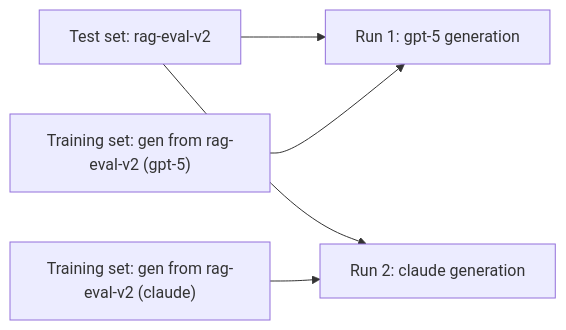
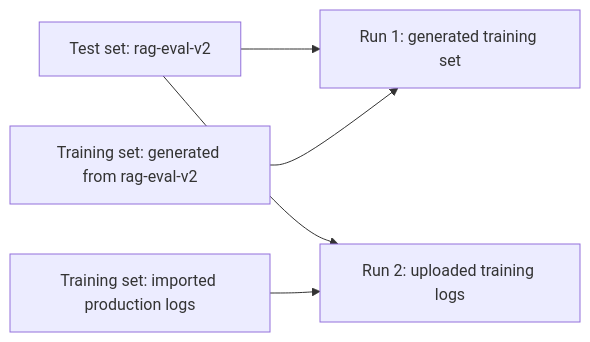
The diagram in luna-studio/datasets/overview.mdx (rungalileo/docs-official), drawn with Mermaid before and after one commit. The commit also changed other lines of this file and 23 other files, not shown here.

````diff
--- a/luna-studio/datasets/overview.mdx
+++ b/luna-studio/datasets/overview.mdx
@@ -49,7 +49,7 @@
 ```mermaid
 flowchart LR
-  TestSet1["Test set: rag-eval-v2"] --> Run1["Run 1: gpt-5 generation"]
-  TestSet1 --> Run2["Run 2: claude generation"]
-  TrainSet1["Training set: gen from rag-eval-v2 (gpt-5)"] --> Run1
-  TrainSet2["Training set: gen from rag-eval-v2 (claude)"] --> Run2
+  TestSet1["Test set: rag-eval-v2"] --> Run1["Run 1: generated training set"]
+  TestSet1 --> Run2["Run 2: uploaded training logs"]
+  TrainSet1["Training set: generated from rag-eval-v2"] --> Run1
+  TrainSet2["Training set: imported production logs"] --> Run2
 ```
````
